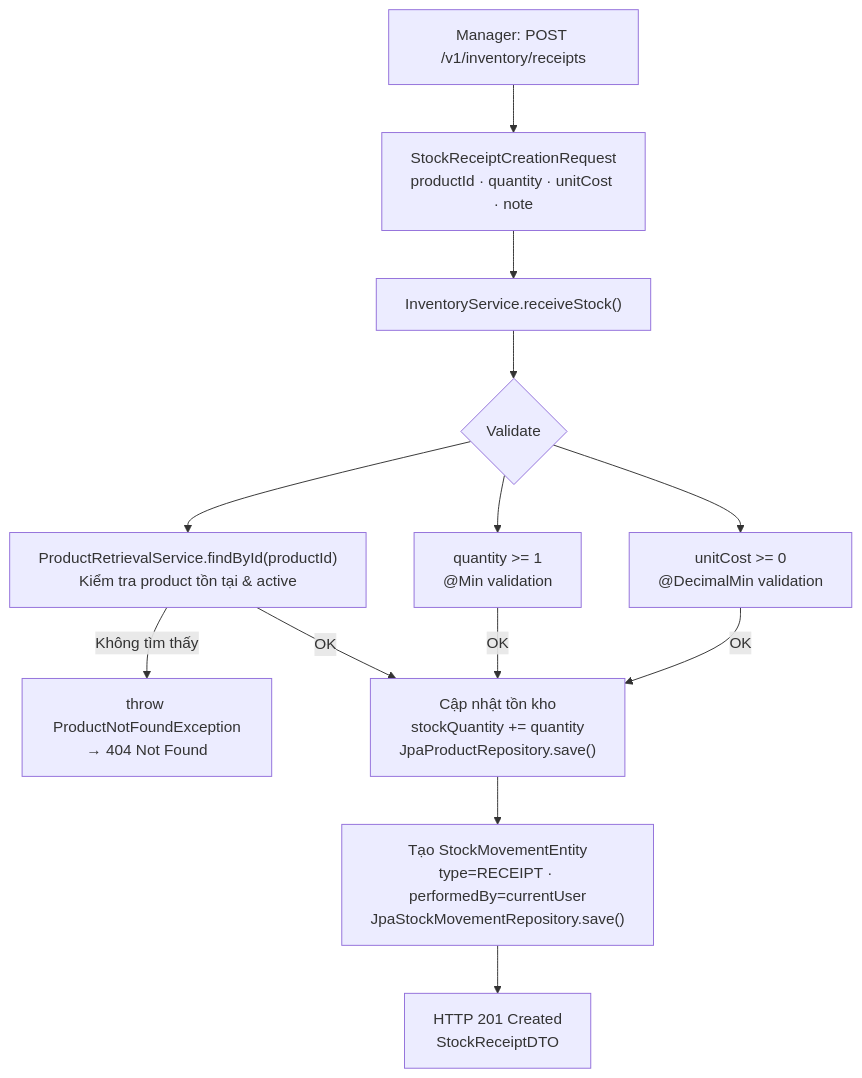
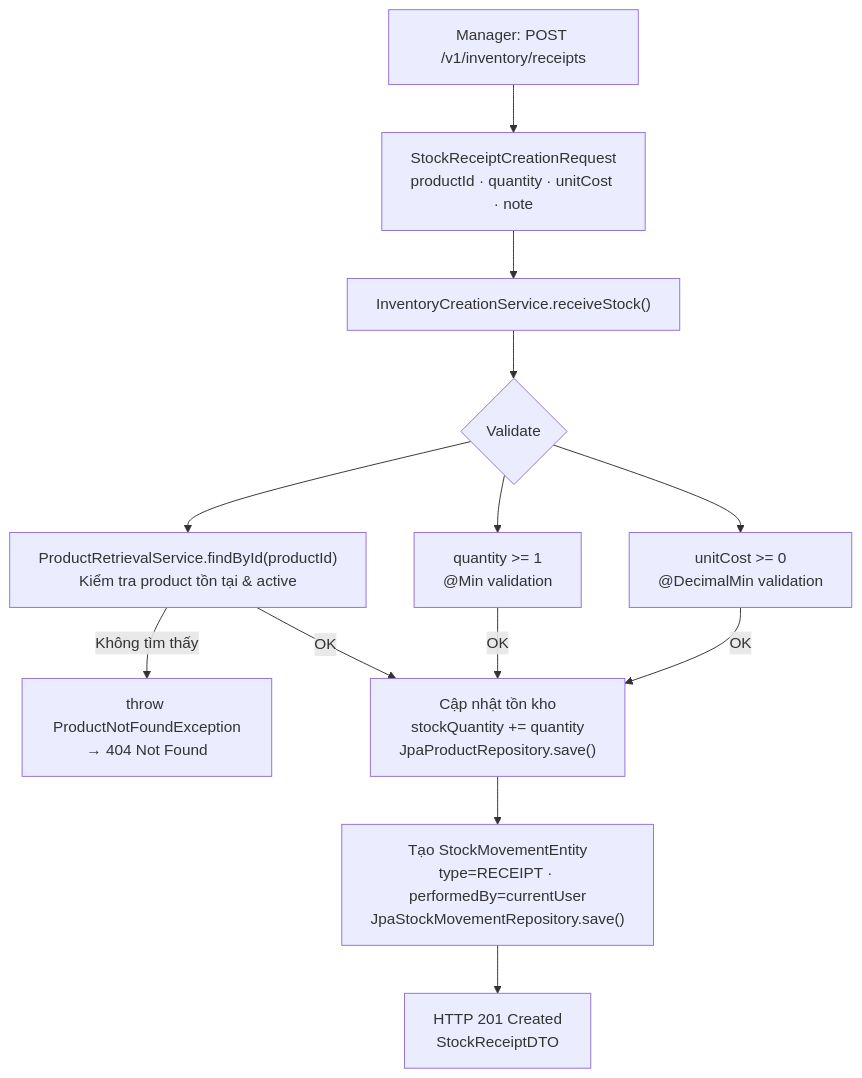
The fourth of 8 diagrams in SYSTEM_DESIGN.md (nt-hongnhat/StoreVision), drawn with Mermaid before and after one commit. The commit also changed other lines of this file and 1 other file, not shown here.

First line of the commit message:
docs(claude, system-design): refine service architecture guidelines

````diff
--- a/SYSTEM_DESIGN.md
+++ b/SYSTEM_DESIGN.md
@@ -278,15 +280,15 @@
 ```mermaid
 flowchart TD
     A["Manager: POST /v1/inventory/receipts"] --> B["StockReceiptCreationRequest\nproductId · quantity · unitCost · note"]
-    B --> C["InventoryService.receiveStock()"]
+    B --> C["InventoryCreationService.receiveStock()"]
     C --> V{Validate}
     V --> V1["ProductRetrievalService.findById(productId)\nKiểm tra product tồn tại & active"]
     V --> V2["quantity >= 1\n@Min validation"]
     V --> V3["unitCost >= 0\n@DecimalMin validation"]
     V1 -->|Không tìm thấy| ERR["throw ProductNotFoundException\n→ 404 Not Found"]
     V1 -->|OK| UPD["Cập nhật tồn kho\nstockQuantity += quantity\nJpaProductRepository.save()"]
     V2 -->|OK| UPD
     V3 -->|OK| UPD
     UPD --> MOV["Tạo StockMovementEntity\ntype=RECEIPT · performedBy=currentUser\nJpaStockMovementRepository.save()"]
     MOV --> END["HTTP 201 Created\nStockReceiptDTO"]
 ```
````
